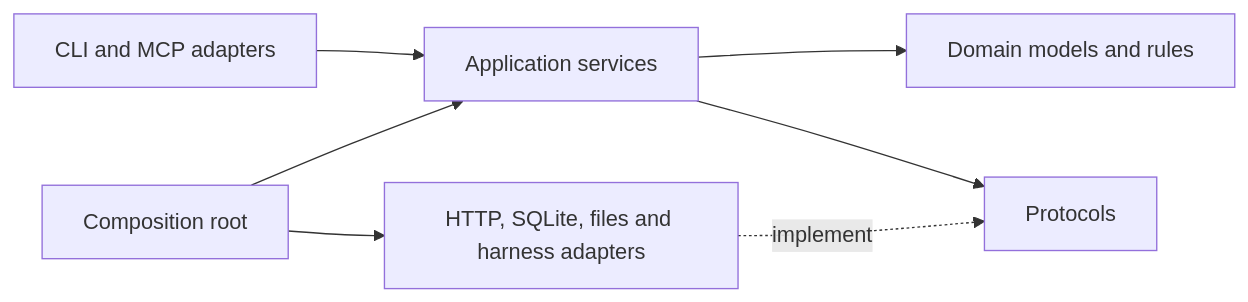
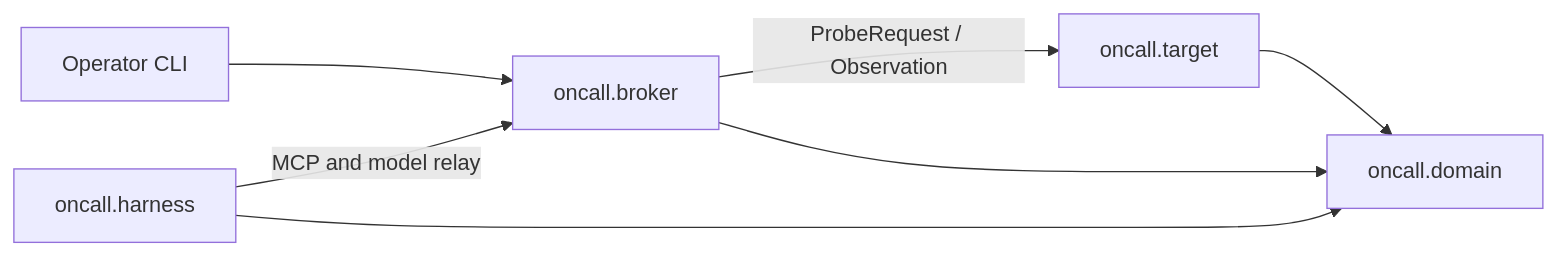
One commit to Qingyu255/Linux-Oncall-Agent changed the diagram in docs/python-design.md. Above: the diagram before and after it, drawn with Mermaid. The commit also changed other lines of this file and 8 other files, not shown here.

````diff
--- a/docs/python-design.md
+++ b/docs/python-design.md
@@ -45,9 +57,9 @@
 ```mermaid
 flowchart LR
-    CLI[CLI and MCP adapters] --> App[Application services]
-    App --> Domain[Domain models and rules]
-    App --> Ports[Protocols]
-    IO[HTTP, SQLite, files and harness adapters] -. implement .-> Ports
-    Root[Composition root] --> App
-    Root --> IO
+    CLI[Operator CLI] --> Broker[oncall.broker]
+    Harness[oncall.harness] -->|MCP and model relay| Broker
+    Broker -->|ProbeRequest / Observation| Target[oncall.target]
+    Broker --> Domain[oncall.domain]
+    Harness --> Domain
+    Target --> Domain
 ```
````
